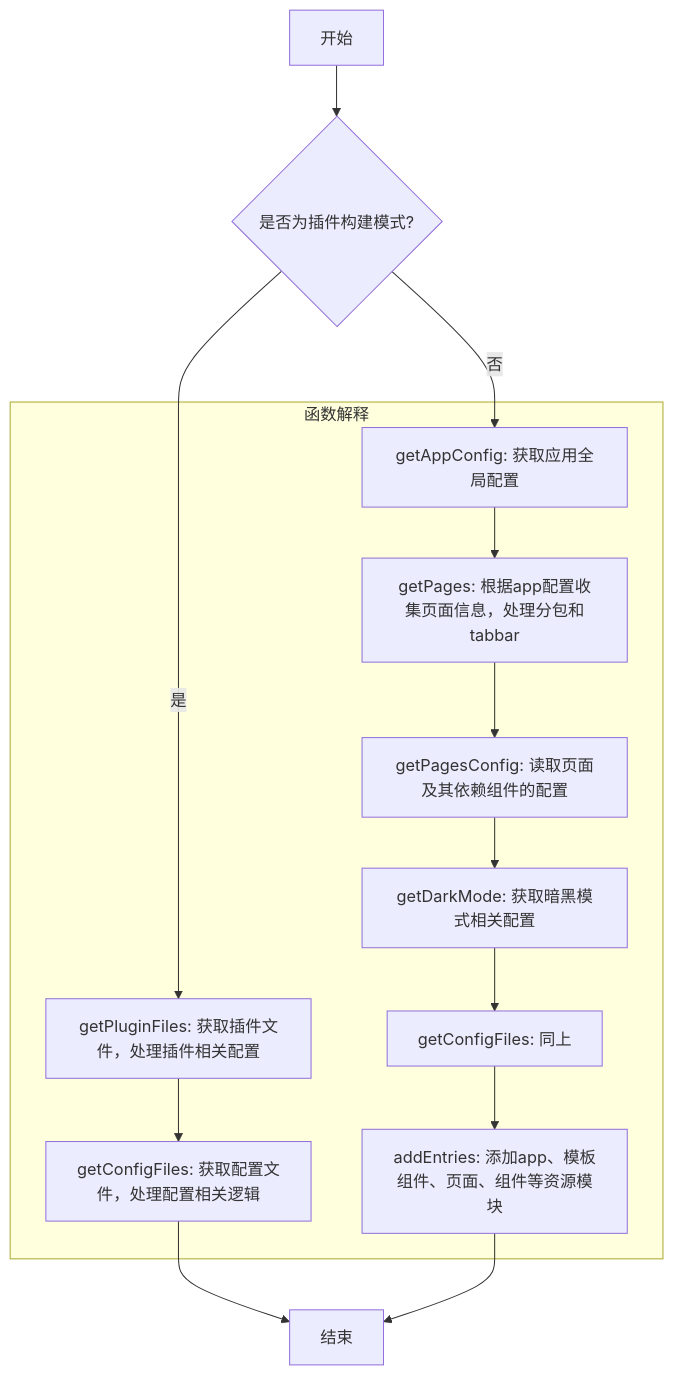
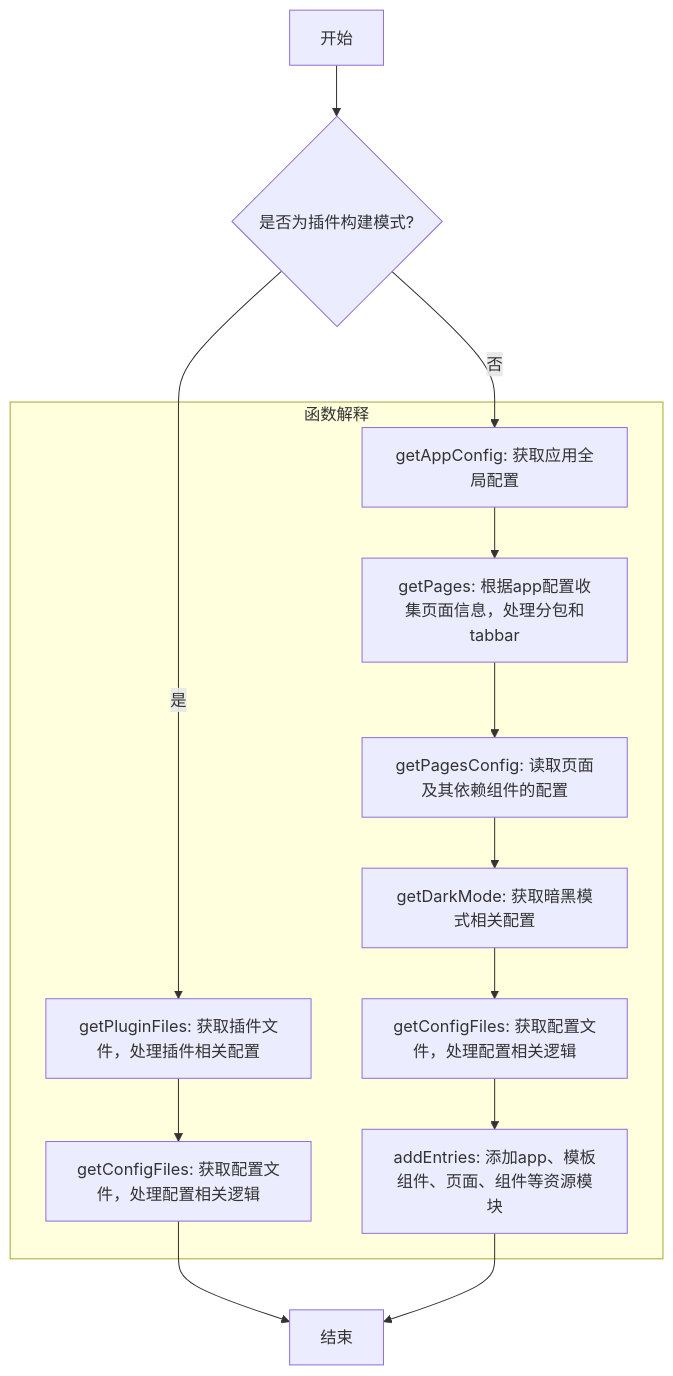
One commit to ruochuan12/blog changed the diagram in docs/taro/mini-plugin-2/README.md. Above: the diagram before and after it, drawn with Mermaid. The commit also changed other lines of this file and 4 other files, not shown here.

````diff
--- a/docs/taro/mini-plugin-2/README.md
+++ b/docs/taro/mini-plugin-2/README.md
@@ -113,25 +117,25 @@
 ```mermaid
 graph TD
     A[开始] --> B{是否为插件构建模式?}
     B -- 是 --> C[调用 getPluginFiles]
     C --> D[调用 getConfigFiles]
     B -- 否 --> E[调用 getAppConfig]
     E --> F[调用 getPages]
     F --> G[调用 getPagesConfig]
     G --> H[调用 getDarkMode]
     H --> I[调用 getConfigFiles]
     I --> J[调用 addEntries]
     D --> K[结束]
     J --> K
 
     subgraph 函数解释
         C["getPluginFiles: 获取插件文件，处理插件相关配置"]
         D["getConfigFiles: 获取配置文件，处理配置相关逻辑"]
         E["getAppConfig: 获取应用全局配置"]
         F["getPages: 根据app配置收集页面信息，处理分包和tabbar"]
         G["getPagesConfig: 读取页面及其依赖组件的配置"]
         H["getDarkMode: 获取暗黑模式相关配置"]
-        I["getConfigFiles: 同上"]
+        I["getConfigFiles: 获取配置文件，处理配置相关逻辑"]
         J["addEntries: 添加app、模板组件、页面、组件等资源模块"]
     end
 ```
````
